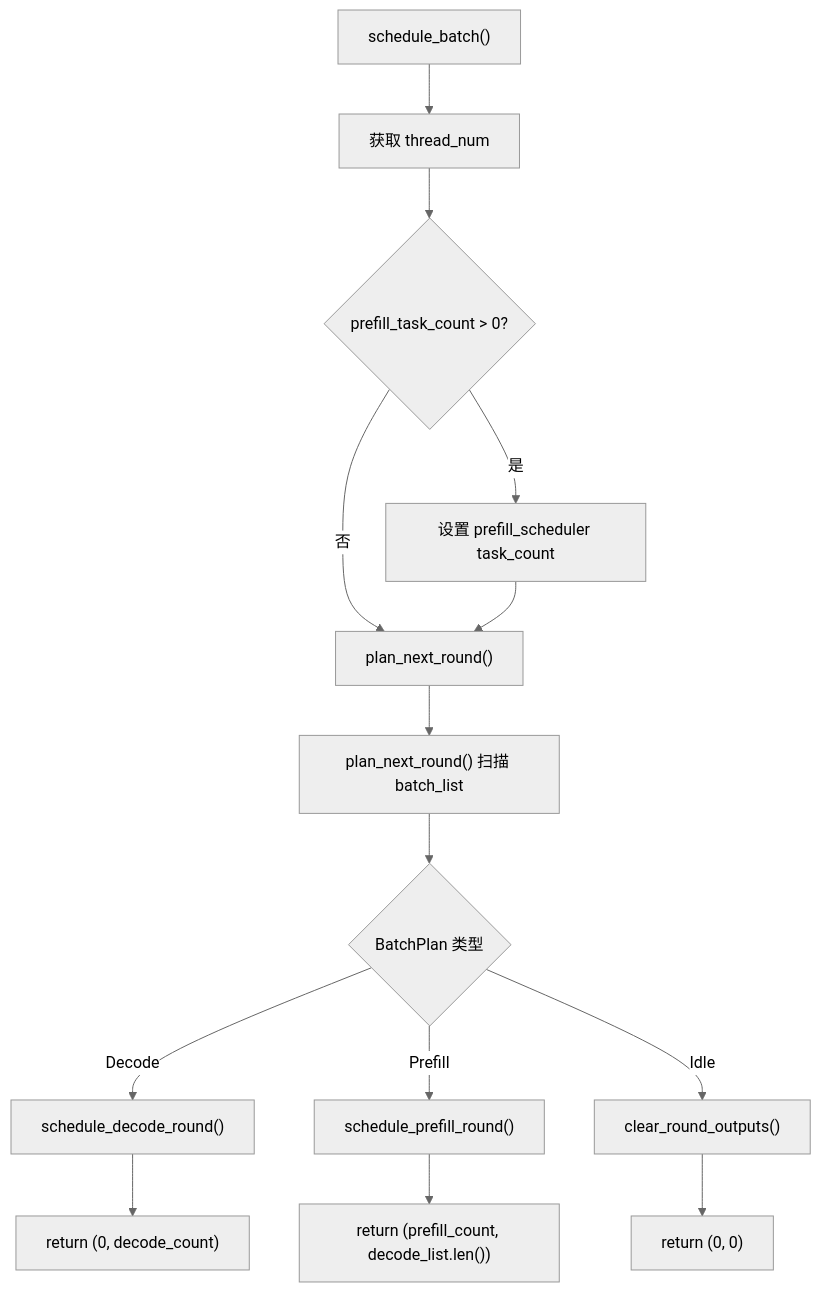
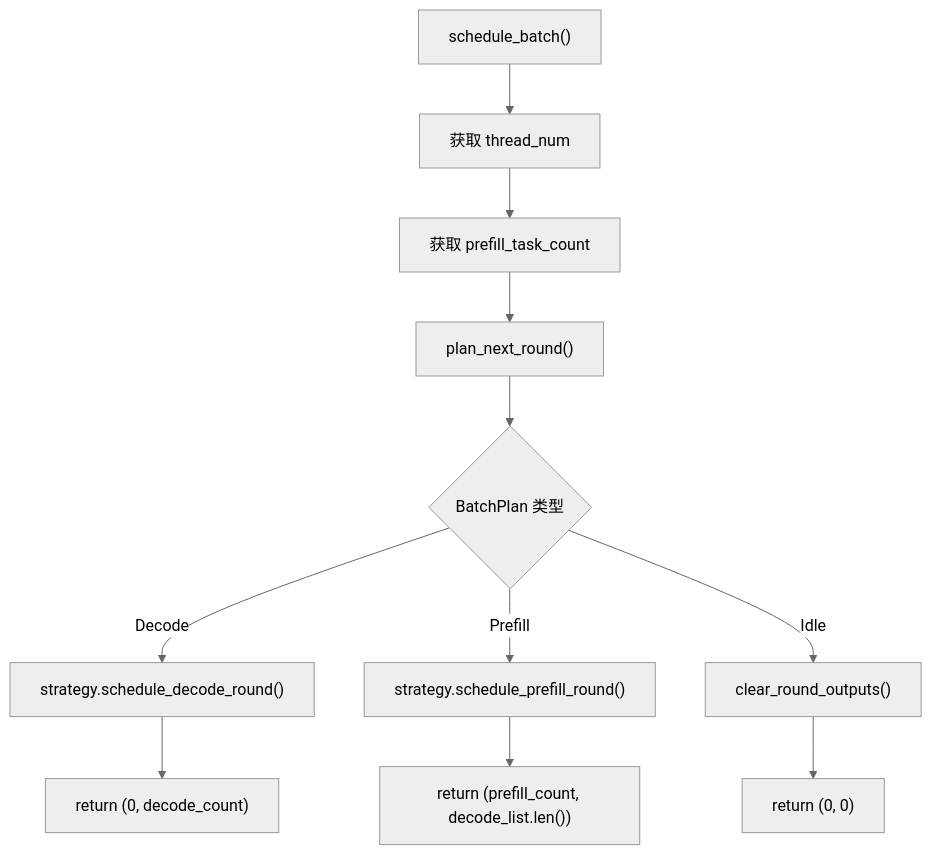
Before and after one commit to lucienhuangfu/eLLM: the first of 6 diagrams in docs/design/runtime/schedule.md, drawn with Mermaid (neutral theme). The commit also changed other lines of this file and 2 other files, not shown here.

First line of the commit message:
Revise runtime docs: cache, scheduler, slot manager

````diff
--- a/docs/design/runtime/schedule.md
+++ b/docs/design/runtime/schedule.md
@@ -102,16 +115,13 @@
 ```mermaid
 flowchart TD
     A["schedule_batch()"] --> B["获取 thread_num"]
-    B --> C{"prefill_task_count > 0?"}
-    C -->|是| D["设置 prefill_scheduler task_count"]
-    C -->|否| E["plan_next_round()"]
-    D --> E
-    E --> F["plan_next_round() 扫描 batch_list"]
-    F --> G{"BatchPlan 类型"}
-    G -->|Decode| H["schedule_decode_round()"]
-    G -->|Prefill| I["schedule_prefill_round()"]
-    G -->|Idle| J["clear_round_outputs()"]
-    H --> K["return (0, decode_count)"]
-    I --> L["return (prefill_count, decode_list.len())"]
-    J --> M["return (0, 0)"]
+    B --> C["获取 prefill_task_count"]
+    C --> D["plan_next_round()"]
+    D --> E{"BatchPlan 类型"}
+    E -->|Decode| F["strategy.schedule_decode_round()"]
+    E -->|Prefill| G["strategy.schedule_prefill_round()"]
+    E -->|Idle| H["clear_round_outputs()"]
+    F --> I["return (0, decode_count)"]
+    G --> J["return (prefill_count, decode_list.len())"]
+    H --> K["return (0, 0)"]
 ```
````
